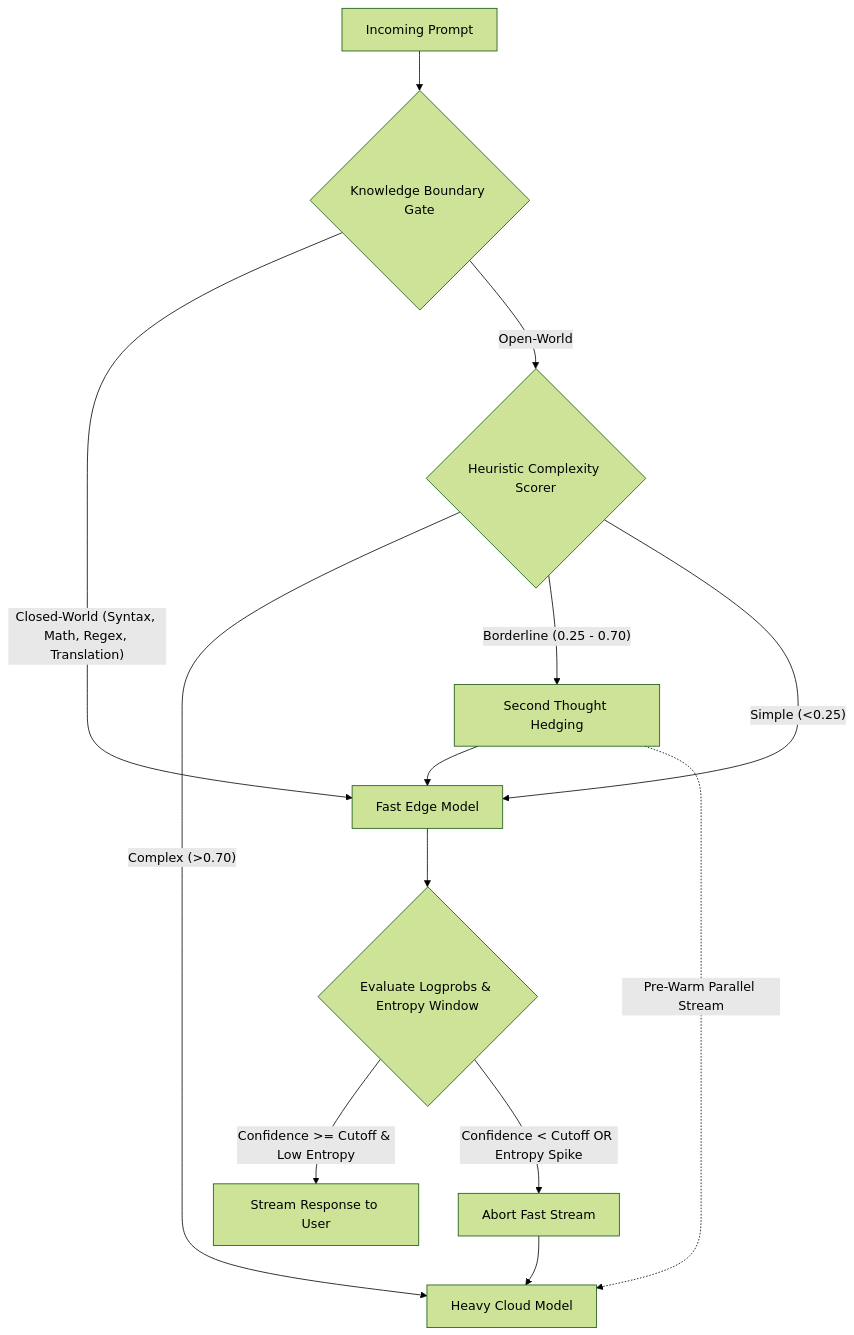
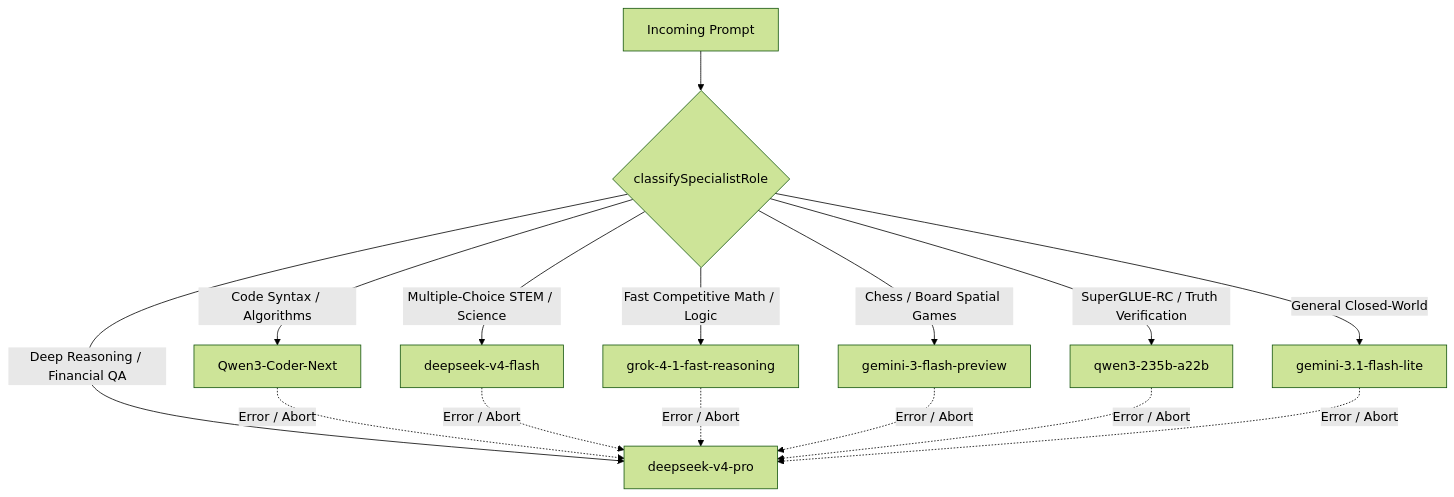
One commit to kruschdev/krusch-cascade-router changed the diagram in README.md. Above: the diagram before and after it, drawn with Mermaid (forest theme). The commit also changed other lines of this file and 9 other files, not shown here.

Commit message:
feat(router): 7-model specialist architecture with OpenRouter provider and RouterArena verification

````diff
--- a/README.md
+++ b/README.md
@@ -92,15 +98,17 @@
 ```mermaid
 graph TD;
-    A[Incoming Prompt] --> KB{Knowledge Boundary Gate};
-    KB -- Closed-World (Syntax, Math, Regex, Translation) --> D[Fast Edge Model];
-    KB -- Open-World --> HC{Heuristic Complexity Scorer};
-    HC -- Complex (>0.70) --> C[Heavy Cloud Model];
-    HC -- Borderline (0.25 - 0.70) --> SB[Second Thought Hedging];
-    HC -- Simple (<0.25) --> D;
-    SB --> D;
-    SB -. Pre-Warm Parallel Stream .-> C;
-    D --> E{Evaluate Logprobs & Entropy Window};
-    E -- Confidence >= Cutoff & Low Entropy --> F[Stream Response to User];
-    E -- Confidence < Cutoff OR Entropy Spike --> G[Abort Fast Stream];
-    G --> C;
+    A[Incoming Prompt] --> CR{classifySpecialistRole};
+    CR -- Code Syntax / Algorithms --> C1[Qwen3-Coder-Next];
+    CR -- Multiple-Choice STEM / Science --> C2[deepseek-v4-flash];
+    CR -- Fast Competitive Math / Logic --> C3[grok-4-1-fast-reasoning];
+    CR -- Chess / Board Spatial Games --> C4[gemini-3-flash-preview];
+    CR -- SuperGLUE-RC / Truth Verification --> C5[qwen3-235b-a22b];
+    CR -- General Closed-World --> C6[gemini-3.1-flash-lite];
+    CR -- Deep Reasoning / Financial QA --> C7[deepseek-v4-pro];
+    C1 -. Error / Abort .-> C7;
+    C2 -. Error / Abort .-> C7;
+    C3 -. Error / Abort .-> C7;
+    C4 -. Error / Abort .-> C7;
+    C5 -. Error / Abort .-> C7;
+    C6 -. Error / Abort .-> C7;
 ```
````
